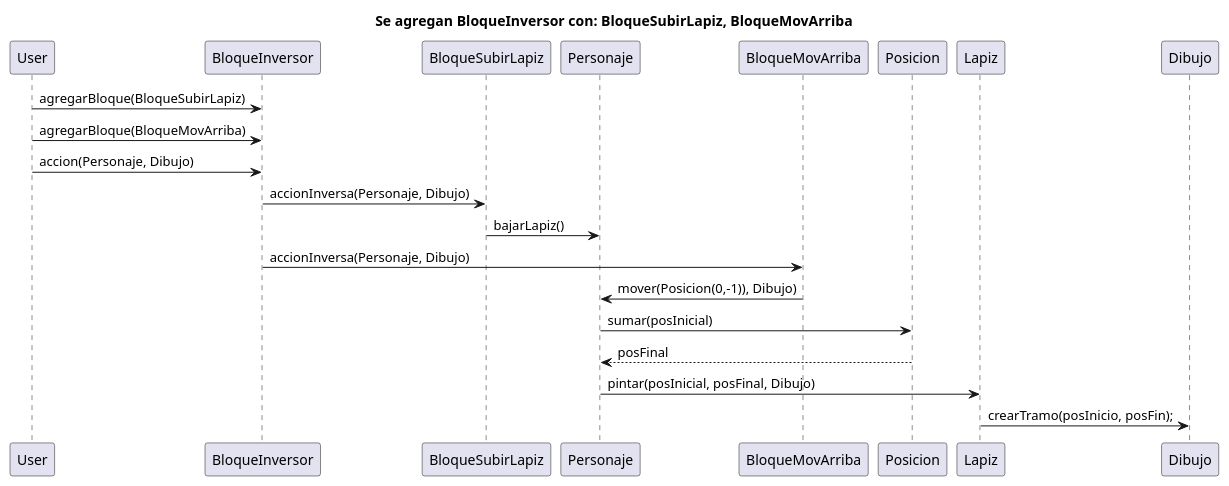
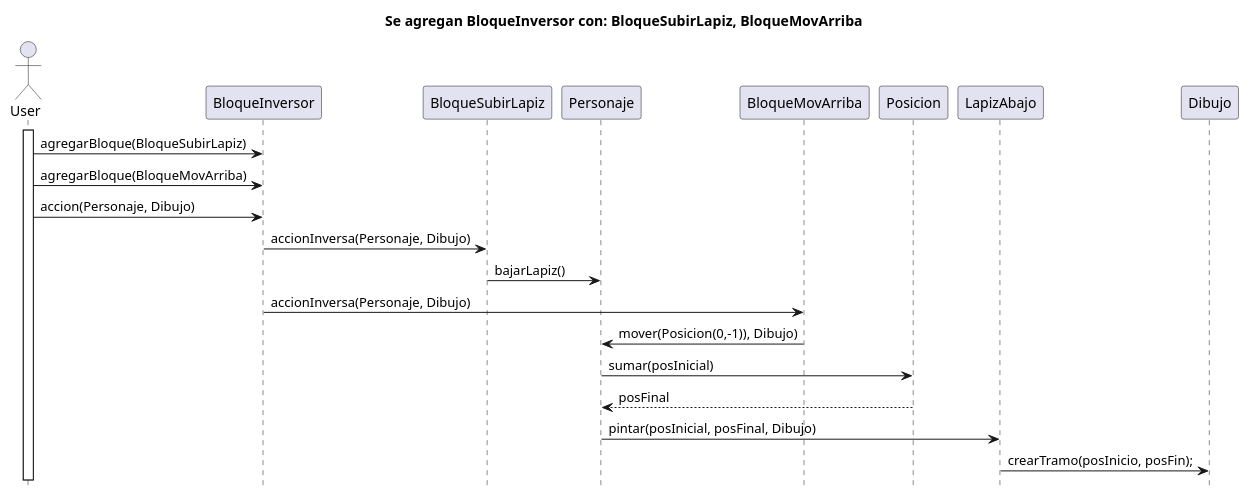
One commit to alopezbizon/T2-ALGO3-TP2 changed the diagram in src/main/java/edu/fiuba/algo3/diagrams/DiagramaDeSecuenciaBloqueInversor_ConSubirLapizYMovArriba.puml. Above: the diagram before and after it, drawn with PlantUML. The commit also changed 2 other files, not shown here.

Commit message:
Corrijo diagramas UML de secuencia.

```diff
--- a/src/main/java/edu/fiuba/algo3/diagrams/DiagramaDeSecuenciaBloqueInversor_ConSubirLapizYMovArriba.puml
+++ b/src/main/java/edu/fiuba/algo3/diagrams/DiagramaDeSecuenciaBloqueInversor_ConSubirLapizYMovArriba.puml
@@ -1,17 +1,23 @@
 @startuml
 title Se agregan BloqueInversor con: BloqueSubirLapiz, BloqueMovArriba
+
+actor User
+activate User
 User -> BloqueInversor: agregarBloque(BloqueSubirLapiz)
 User -> BloqueInversor: agregarBloque(BloqueMovArriba)
 
 User -> BloqueInversor: accion(Personaje, Dibujo)
 
 BloqueInversor-> BloqueSubirLapiz: accionInversa(Personaje, Dibujo)
 BloqueSubirLapiz-> Personaje : bajarLapiz()
 
 BloqueInversor-> BloqueMovArriba:accionInversa(Personaje, Dibujo)
 BloqueMovArriba -> Personaje : mover(Posicion(0,-1)), Dibujo)
+
 Personaje -> Posicion : sumar(posInicial)
 Personaje<-- Posicion : posFinal
-Personaje -> Lapiz : pintar(posInicial, posFinal, Dibujo)
-Lapiz -> Dibujo : crearTramo(posInicio, posFin);
+Personaje -> LapizAbajo : pintar(posInicial, posFinal, Dibujo)
+LapizAbajo -> Dibujo : crearTramo(posInicio, posFin);
+
+hide footbox
 @enduml
```
